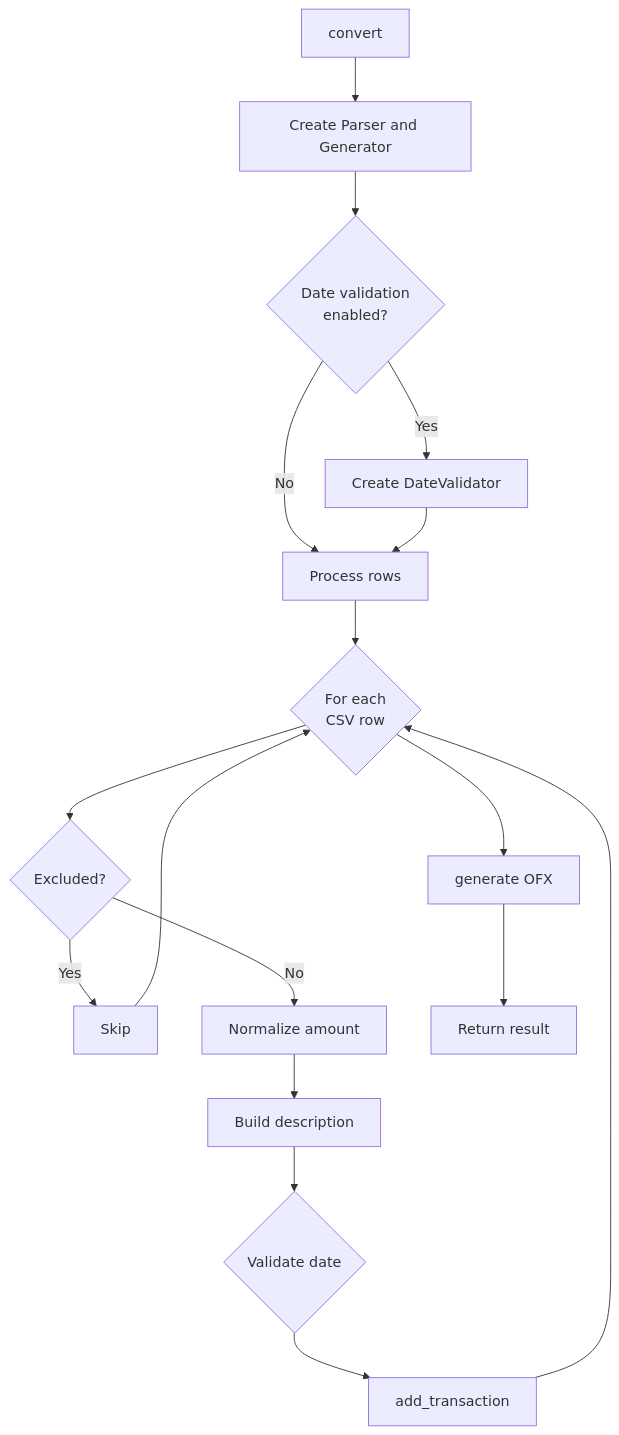
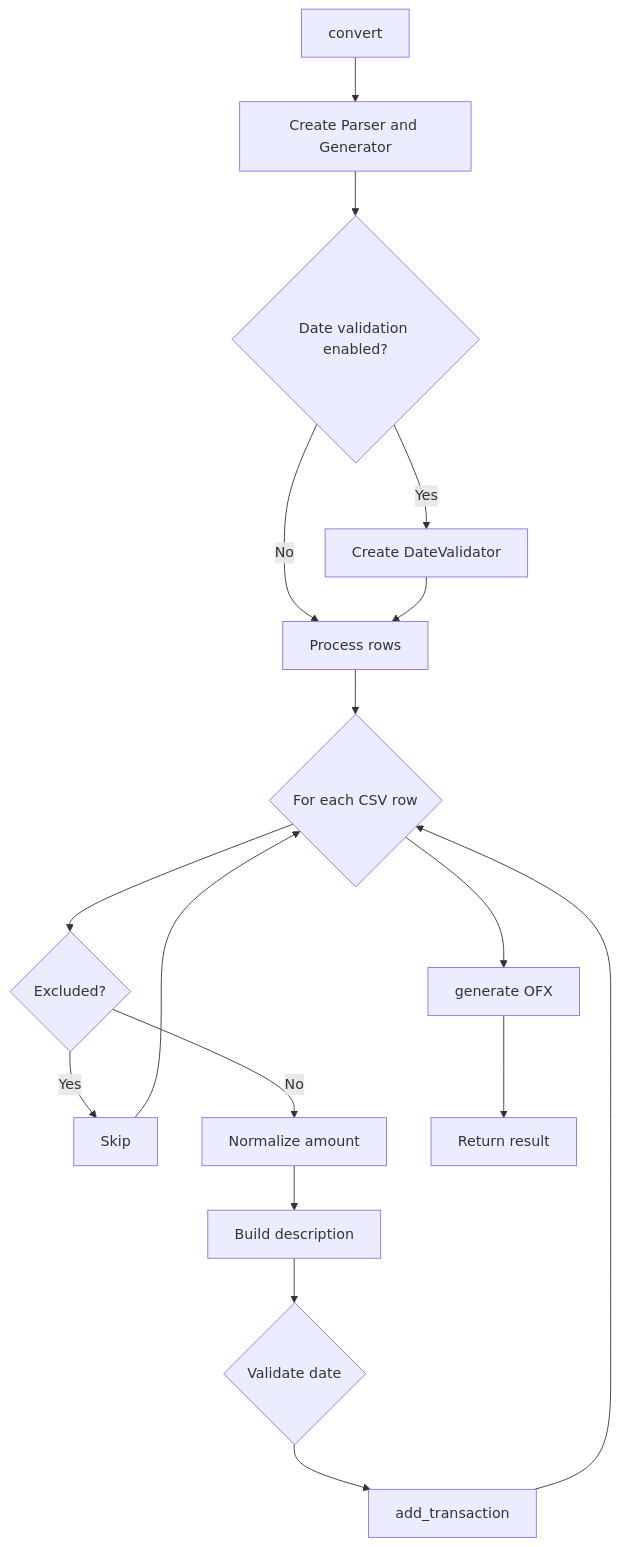
One commit to andrebarsotti/csv-to-ofx-converter changed the second of 2 diagrams in docs/en/classes/ConversionHandler.md. Above: the diagram before and after it, drawn with Mermaid. The commit also changed 13 other files, not shown here.

Commit message:
fix: Remove unsupported br tags from Mermaid diagrams for GitHub rendering

````diff
--- a/docs/en/classes/ConversionHandler.md
+++ b/docs/en/classes/ConversionHandler.md
@@ -112,21 +112,21 @@
 ```mermaid
 flowchart TD
     A[convert] --> B[Create Parser and Generator]
-    B --> C{Date validation<br/>enabled?}
+    B --> C{Date validation enabled?}
     C -->|Yes| D[Create DateValidator]
     C -->|No| E[Process rows]
     D --> E
     
-    E --> F{For each<br/>CSV row}
+    E --> F{For each CSV row}
     F --> G{Excluded?}
     G -->|Yes| H[Skip]
     G -->|No| I[Normalize amount]
     I --> J[Build description]
     J --> K{Validate date}
     K --> L[add_transaction]
     L --> F
     
     H --> F
     F --> M[generate OFX]
     M --> N[Return result]
 ```
````
